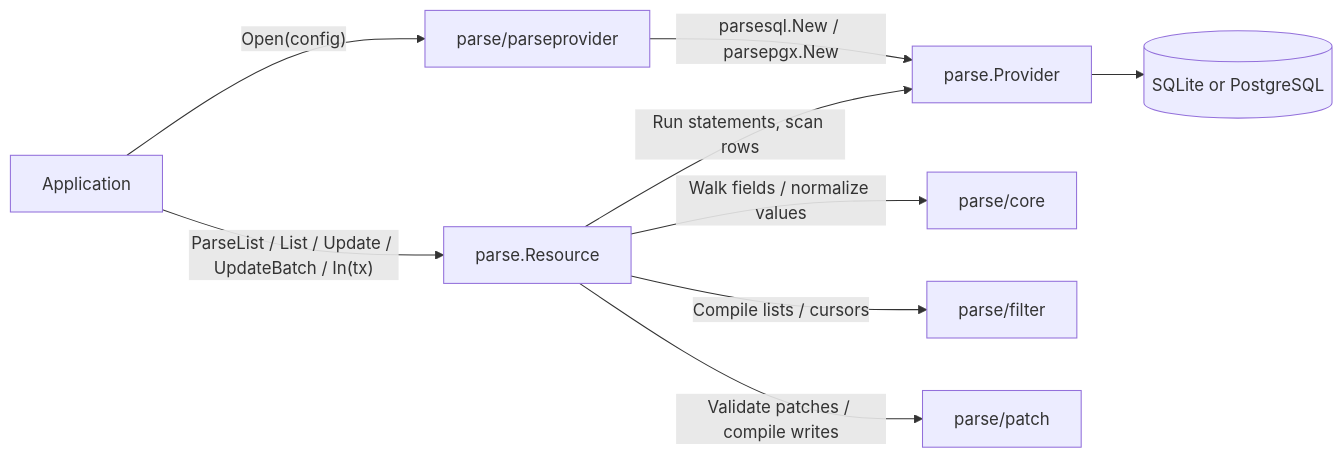
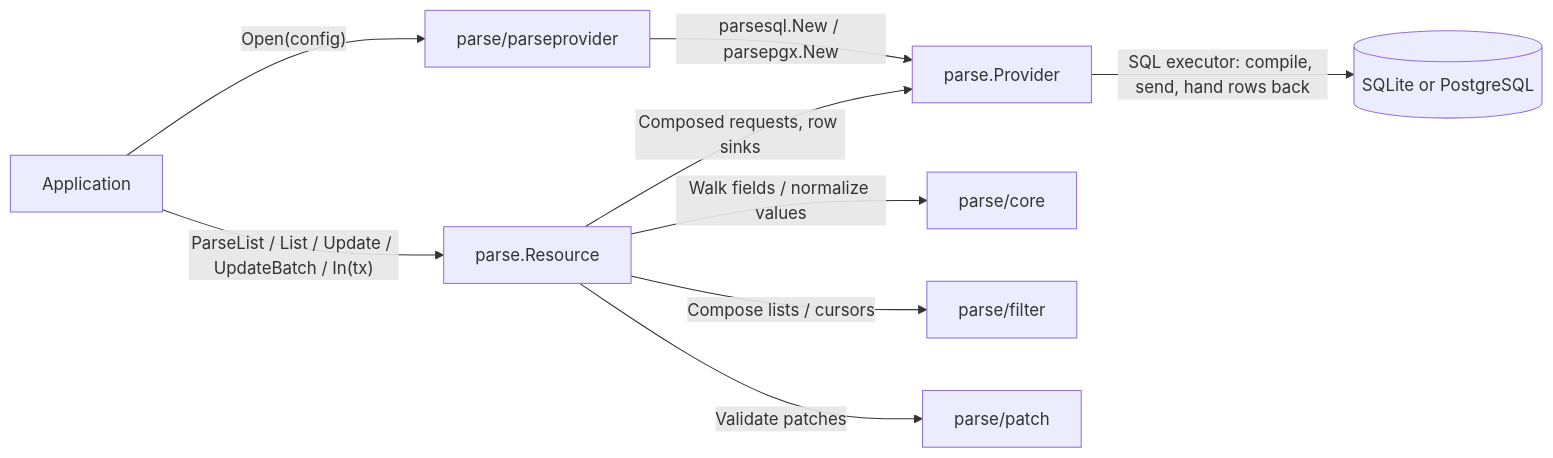
The diagram in parse/README.md (ashtonian/pkg), drawn with Mermaid before and after one commit. The commit also changed other lines of this file and 30 other files, not shown here.

````diff
--- a/parse/README.md
+++ b/parse/README.md
@@ -7,11 +7,11 @@
 ```mermaid
 flowchart LR
     app["Application"] -->|"Open(config)"| selector["parse/parseprovider"]
     selector -->|"parsesql.New / parsepgx.New"| provider["parse.Provider"]
     app -->|"ParseList / List / Update / UpdateBatch / In(tx)"| resource["parse.Resource"]
-    resource -->|"Run statements, scan rows"| provider
-    provider --> db[("SQLite or PostgreSQL")]
+    resource -->|"Composed requests, row sinks"| provider
+    provider -->|"SQL executor: compile, send, hand rows back"| db[("SQLite or PostgreSQL")]
     resource -->|"Walk fields / normalize values"| core["parse/core"]
-    resource -->|"Compile lists / cursors"| filter["parse/filter"]
-    resource -->|"Validate patches / compile writes"| patch["parse/patch"]
+    resource -->|"Compose lists / cursors"| filter["parse/filter"]
+    resource -->|"Validate patches"| patch["parse/patch"]
 ```
````
